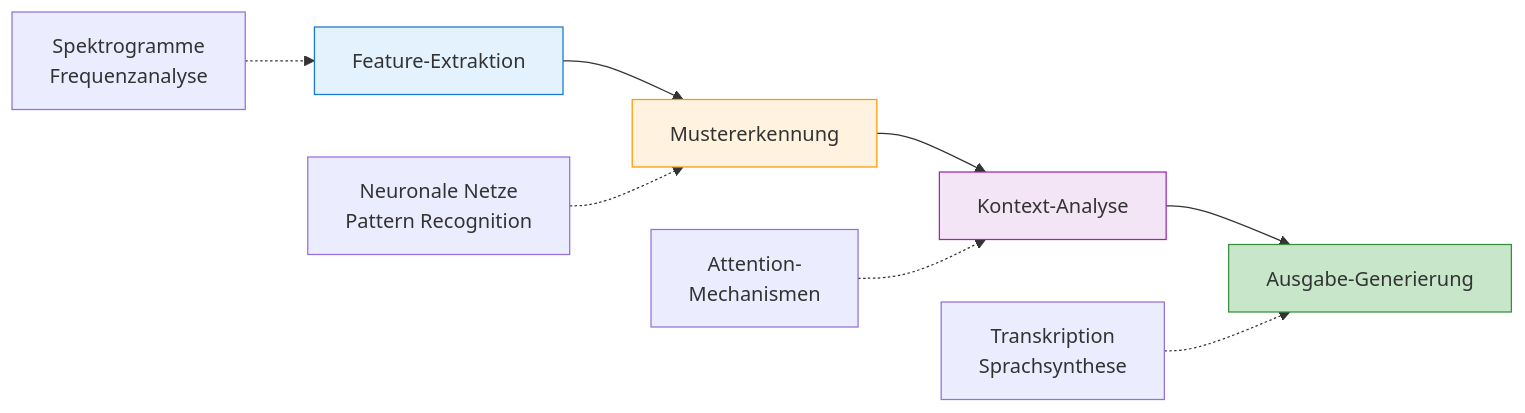
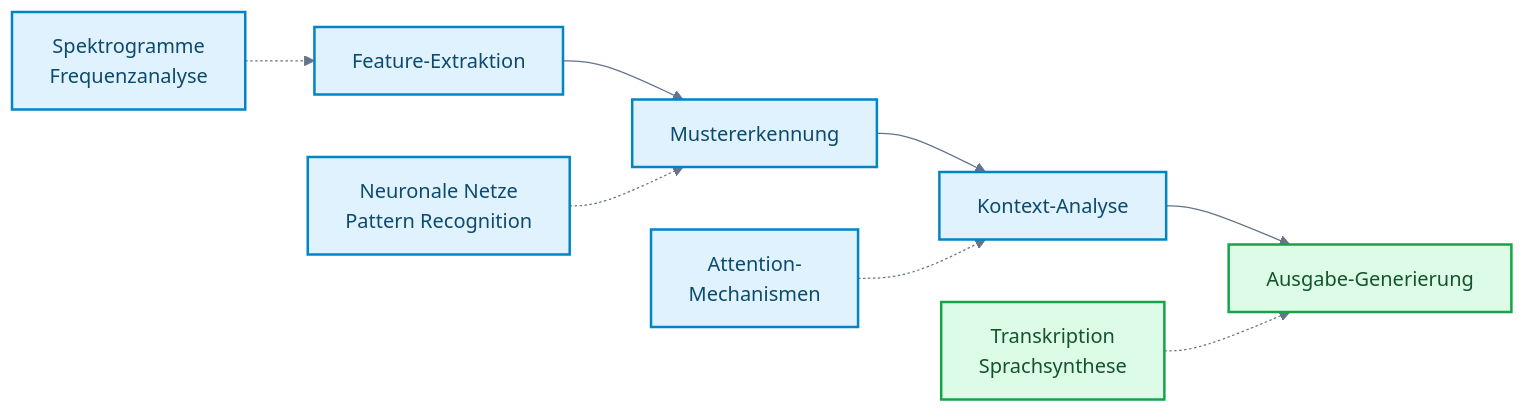
One commit to ralf-42/GenAI changed the diagram in docs/09-multimodal/multimodal-audio.md. Above: the diagram before and after it, drawn with Mermaid. The commit also changed 25 other files, not shown here.

````diff
--- a/docs/09-multimodal/multimodal-audio.md
+++ b/docs/09-multimodal/multimodal-audio.md
@@ -73,16 +73,33 @@
 ```mermaid
+---
+config:
+  theme: base
+  look: classic
+  themeVariables:
+    primaryColor: '#e0f2fe'
+    primaryBorderColor: '#0284c7'
+    primaryTextColor: '#1e293b'
+    lineColor: '#64748b'
+    clusterBkg: '#f8fafc'
+    clusterBorder: '#cbd5e1'
+    noteBkgColor: '#fef3c7'
+    noteBorderColor: '#d97706'
+    noteTextColor: '#78350f'
+    edgeLabelBackground: '#ffffff'
+---
+
 flowchart LR
     A[Feature-Extraktion] --> B[Mustererkennung]
     B --> C[Kontext-Analyse]
     C --> D[Ausgabe-Generierung]
 
     A1[Spektrogramme<br>Frequenzanalyse] -.-> A
     B1[Neuronale Netze<br>Pattern Recognition] -.-> B
     C1[Attention-<br>Mechanismen] -.-> C
     D1[Transkription<br>Sprachsynthese] -.-> D
 
-    style A fill:#e3f2fd,stroke:#1976d2
-    style B fill:#fff3e0,stroke:#ff9800
-    style C fill:#f3e5f5,stroke:#9c27b0
-    style D fill:#c8e6c9,stroke:#388e3c
+%% Funktionsfarben nach Mermaid_Best_Practices.md
+classDef default fill:#e0f2fe,stroke:#0284c7,stroke-width:2px,color:#0c4a6e;
+classDef output fill:#dcfce7,stroke:#16a34a,stroke-width:2px,color:#14532d;
+class D,D1 output;
 ```
````
